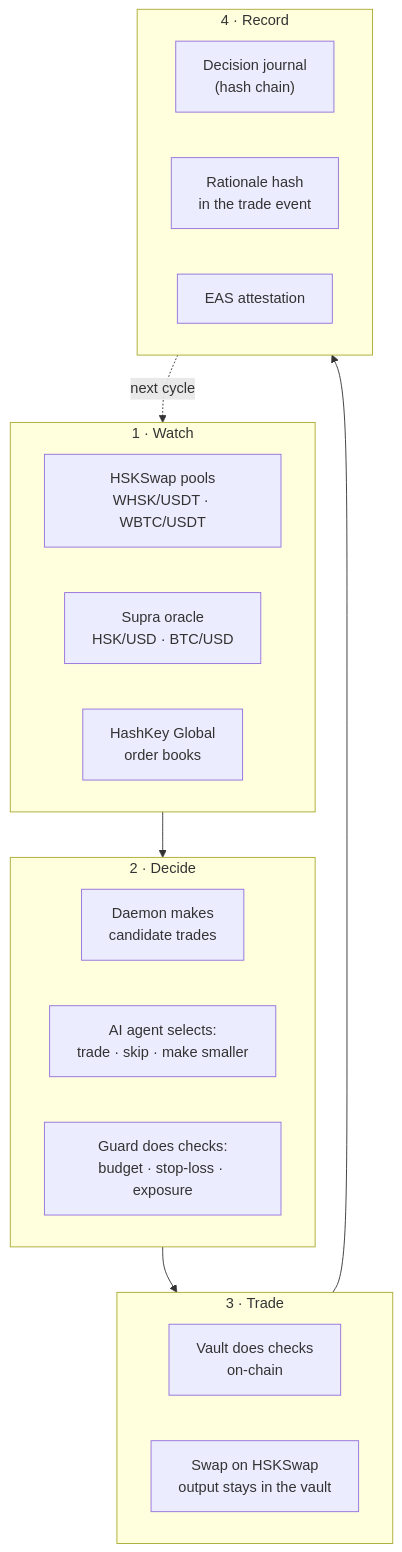
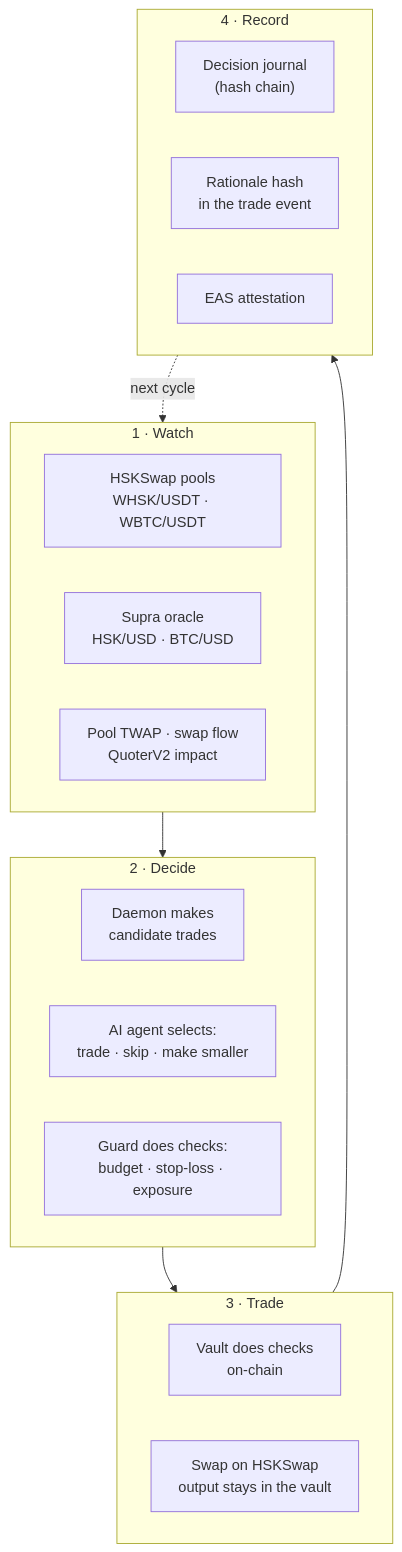
The second of 11 diagrams in README.md (AceVikings/horizon-hack-flow), drawn with Mermaid before and after one commit. The commit also changed other lines of this file, not shown here.

Commit message:
readme: the signal is described as on-chain (pool, TWAP, oracle, swap flow, impact); HashKey Global shown as optional context; the 7-day replay is noted as using the earlier CEX reference

````diff
--- a/README.md
+++ b/README.md
@@ -100,24 +100,24 @@
 ```mermaid
 flowchart TB
     subgraph Watch["1 · Watch"]
         W1["HSKSwap pools<br/>WHSK/USDT · WBTC/USDT"]
         W2["Supra oracle<br/>HSK/USD · BTC/USD"]
-        W3["HashKey Global<br/>order books"]
+        W3["Pool TWAP · swap flow<br/>QuoterV2 impact"]
     end
     subgraph Think["2 · Decide"]
         T1["Daemon makes<br/>candidate trades"]
         T2["AI agent selects:<br/>trade · skip · make smaller"]
         T3["Guard does checks:<br/>budget · stop-loss · exposure"]
     end
     subgraph Act["3 · Trade"]
         A1["Vault does checks<br/>on-chain"]
         A2["Swap on HSKSwap<br/>output stays in the vault"]
     end
     subgraph Prove["4 · Record"]
         R1["Decision journal<br/>(hash chain)"]
         R2["Rationale hash<br/>in the trade event"]
         R3["EAS attestation"]
     end
     Watch --> Think --> Act --> Prove
     Prove -. "next cycle" .-> Watch
 ```
````
